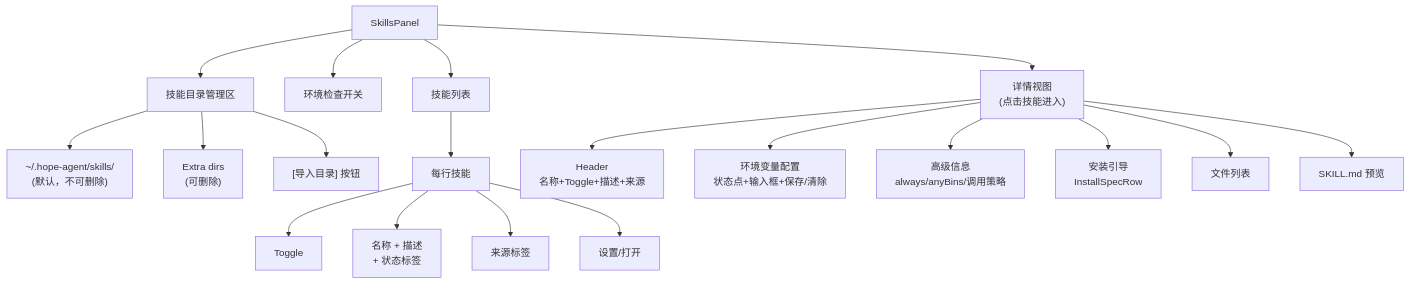
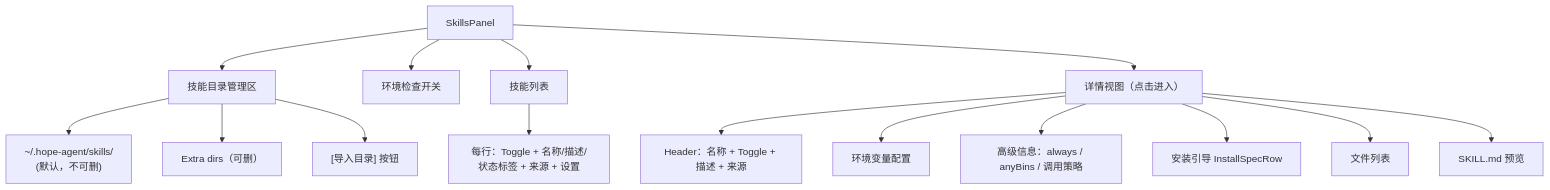
Before and after one commit to shiwenwen/hope-agent: diagram 16 of 19 in docs/architecture/skill-system.md, drawn with Mermaid. The commit also changed other lines of this file, not shown here.

````diff
--- a/docs/architecture/skill-system.md
+++ b/docs/architecture/skill-system.md
@@ -1515,27 +1186,18 @@
 ```mermaid
 graph TD
     SP["SkillsPanel"]
-
     SP --> DIR["技能目录管理区"]
-    DIR --> DIR1["~/.hope-agent/skills/<br/>(默认，不可删除)"]
-    DIR --> DIR2["Extra dirs<br/>(可删除)"]
+    DIR --> DIR1["~/.hope-agent/skills/<br/>(默认，不可删)"]
+    DIR --> DIR2["Extra dirs（可删）"]
     DIR --> DIR3["[导入目录] 按钮"]
-
     SP --> ENV_TOGGLE["环境检查开关"]
-
     SP --> LIST["技能列表"]
-    LIST --> ROW["每行技能"]
-    ROW --> R1["Toggle"]
-    ROW --> R2["名称 + 描述<br/>+ 状态标签"]
-    ROW --> R3["来源标签"]
-    ROW --> R4["设置/打开"]
-
-    SP --> DETAIL["详情视图<br/>(点击技能进入)"]
-    DETAIL --> D1["Header<br/>名称+Toggle+描述+来源"]
-    DETAIL --> D2["环境变量配置<br/>状态点+输入框+保存/清除"]
-    DETAIL --> D3["高级信息<br/>always/anyBins/调用策略"]
-    DETAIL --> D4["安装引导<br/>InstallSpecRow"]
+    LIST --> ROW["每行：Toggle + 名称/描述/状态标签 + 来源 + 设置"]
+    SP --> DETAIL["详情视图（点击进入）"]
+    DETAIL --> D1["Header：名称 + Toggle + 描述 + 来源"]
+    DETAIL --> D2["环境变量配置"]
+    DETAIL --> D3["高级信息：always / anyBins / 调用策略"]
+    DETAIL --> D4["安装引导 InstallSpecRow"]
     DETAIL --> D5["文件列表"]
     DETAIL --> D6["SKILL.md 预览"]
-
 ```
````
